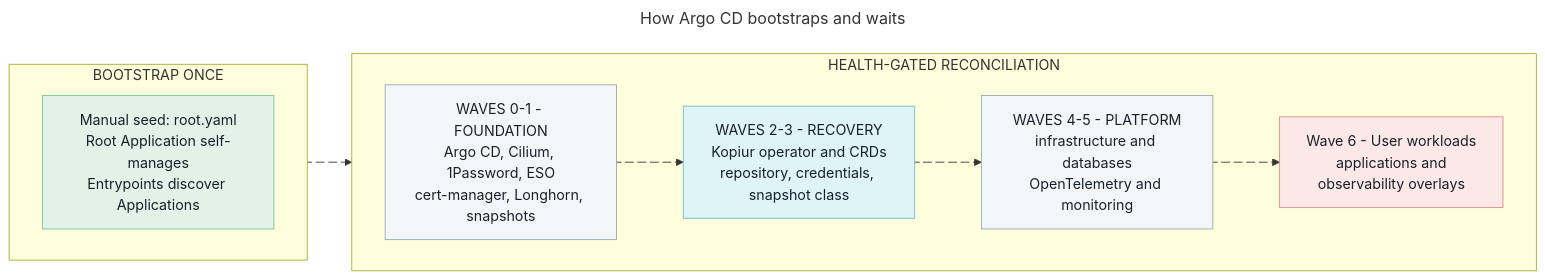
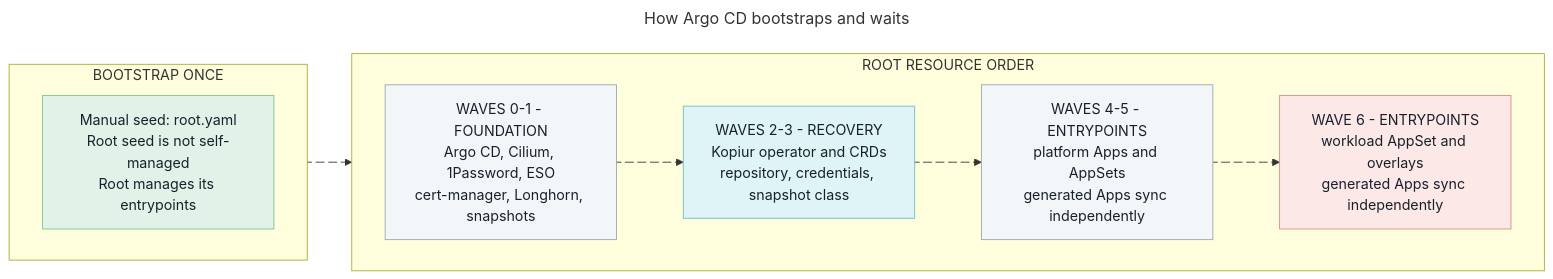
Before and after one commit to mitchross/talos-argocd-proxmox: the diagram in docs/diagrams/argocd-sync-waves.mmd, drawn with Mermaid. The commit also changed 27 other files, not shown here.

Commit message:
Publish architecture inventory and correct recovery and topology docs

```diff
--- a/docs/diagrams/argocd-sync-waves.mmd
+++ b/docs/diagrams/argocd-sync-waves.mmd
@@ -1,50 +1,50 @@
 ---
 title: How Argo CD bootstraps and waits
 config:
   layout: dagre
 ---
 flowchart LR
   accTitle: Argo CD bootstrap and sync-wave ordering
-  accDescr: A manual seed creates the root Application. Argo CD then discovers entrypoints and applies waves zero through six, waiting for each wave to become healthy before continuing.
+  accDescr: A manual seed creates the root Application. Root waves gate direct child Applications. ApplicationSets created in later waves generate independently reconciled Applications; they do not aggregate descendant health.
 
   subgraph BOOTSTRAP["BOOTSTRAP ONCE"]
     direction LR
     BOOT["`Manual seed: root.yaml
-    Root Application self-manages
-    Entrypoints discover Applications`"]
+    Root seed is not self-managed
+    Root manages its entrypoints`"]
   end
 
-  subgraph WAVES["HEALTH-GATED RECONCILIATION"]
+  subgraph WAVES["ROOT RESOURCE ORDER"]
     direction LR
     W01["`WAVES 0-1 - FOUNDATION
     Argo CD, Cilium, 1Password, ESO
     cert-manager, Longhorn, snapshots`"]
     W23["`WAVES 2-3 - RECOVERY
     Kopiur operator and CRDs
     repository, credentials, snapshot class`"]
-    W45["`WAVES 4-5 - PLATFORM
-    infrastructure and databases
-    OpenTelemetry and monitoring`"]
-    W6["`Wave 6 - User workloads
-    applications and
-    observability overlays`"]
+    W45["`WAVES 4-5 - ENTRYPOINTS
+    platform Apps and AppSets
+    generated Apps sync independently`"]
+    W6["`WAVE 6 - ENTRYPOINTS
+    workload AppSet and overlays
+    generated Apps sync independently`"]
     W01 wave12@--> W23
     W23 wave34@--> W45
     W45 wave56@--> W6
   end
 
   BOOT entry@--> W01
 
   classDef action fill:#fde8e8,stroke:#dc8c8c,color:#17212b
   classDef desired fill:#e1f3e8,stroke:#7bc397,color:#17212b
   classDef controller fill:#dff4f6,stroke:#70bcc4,color:#17212b
   classDef waiting fill:#f3f6f8,stroke:#9aa8b3,color:#17212b
   class W6 action
   class BOOT desired
   class W23 controller
   class W01,W45 waiting
 
   entry@{ animation: fast }
   wave12@{ animation: slow }
   wave34@{ animation: slow }
   wave56@{ animation: slow }
```
